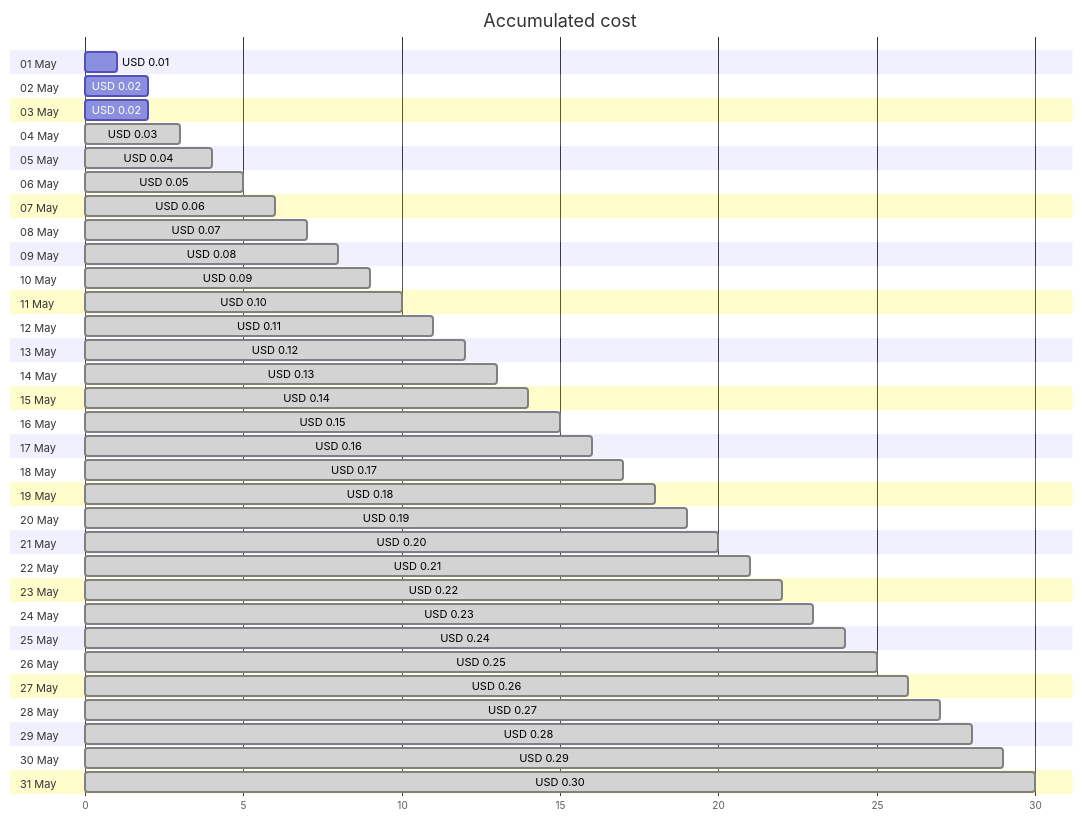
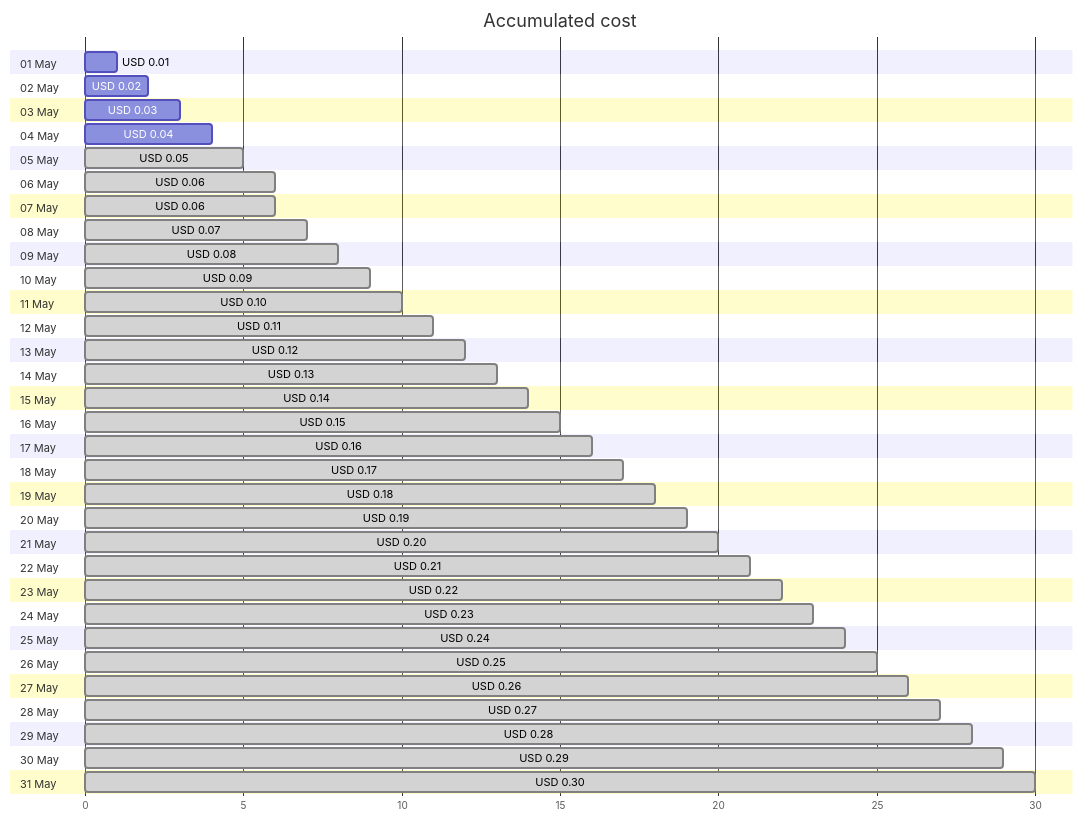
Before and after one commit to jpfulton/azure-personal-reports: the first of 4 diagrams in cost-reports/cloud-shell-storage-eastus/README.md, drawn with Mermaid. The commit also changed other lines of this file and 1 other file, not shown here.

````diff
--- a/cost-reports/cloud-shell-storage-eastus/README.md
+++ b/cost-reports/cloud-shell-storage-eastus/README.md
@@ -20,68 +20,68 @@
 ```mermaid
 gantt
    title Accumulated cost
    dateFormat  X
    axisFormat %s
    section 01 May
    USD 0.01 :0, 1
    section 02 May
    USD 0.02 :0, 2
    section 03 May
-   USD 0.02 :0, 2
+   USD 0.03 :0, 3
    section 04 May
-   USD 0.03 : done, 0, 3
+   USD 0.04 :0, 4
    section 05 May
-   USD 0.04 : done, 0, 4
+   USD 0.05 : done, 0, 5
    section 06 May
-   USD 0.05 : done, 0, 5
+   USD 0.06 : done, 0, 6
    section 07 May
    USD 0.06 : done, 0, 6
    section 08 May
    USD 0.07 : done, 0, 7
    section 09 May
    USD 0.08 : done, 0, 8
    section 10 May
    USD 0.09 : done, 0, 9
    section 11 May
    USD 0.10 : done, 0, 10
    section 12 May
    USD 0.11 : done, 0, 11
    section 13 May
    USD 0.12 : done, 0, 12
    section 14 May
    USD 0.13 : done, 0, 13
    section 15 May
    USD 0.14 : done, 0, 14
    section 16 May
    USD 0.15 : done, 0, 15
    section 17 May
    USD 0.16 : done, 0, 16
    section 18 May
    USD 0.17 : done, 0, 17
    section 19 May
    USD 0.18 : done, 0, 18
    section 20 May
    USD 0.19 : done, 0, 19
    section 21 May
    USD 0.20 : done, 0, 20
    section 22 May
    USD 0.21 : done, 0, 21
    section 23 May
    USD 0.22 : done, 0, 22
    section 24 May
    USD 0.23 : done, 0, 23
    section 25 May
    USD 0.24 : done, 0, 24
    section 26 May
    USD 0.25 : done, 0, 25
    section 27 May
    USD 0.26 : done, 0, 26
    section 28 May
    USD 0.27 : done, 0, 27
    section 29 May
    USD 0.28 : done, 0, 28
    section 30 May
    USD 0.29 : done, 0, 29
    section 31 May
    USD 0.30 : done, 0, 30
 ```
````
